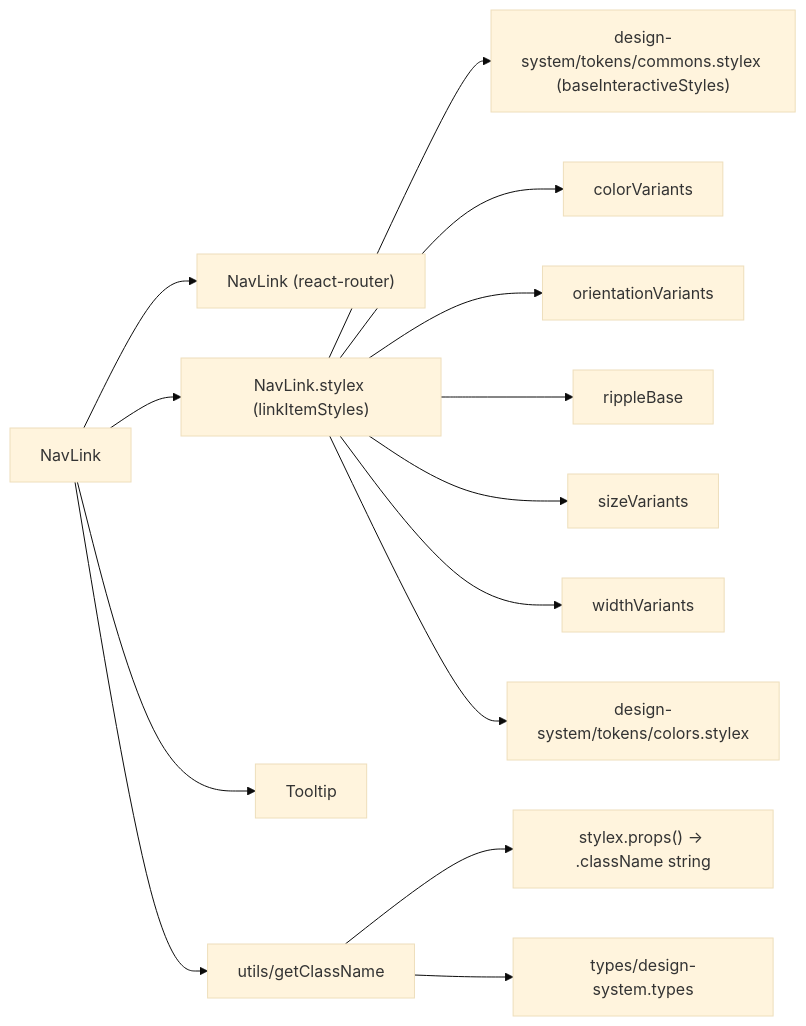
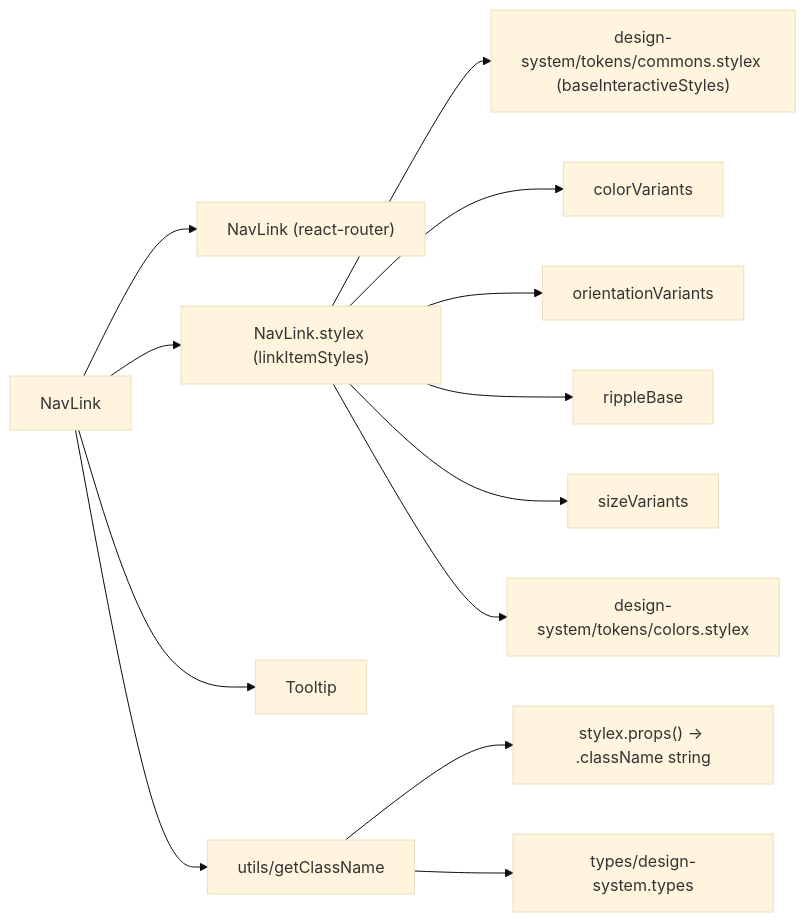
The first of 2 diagrams in packages/ui/src/components/NavLink/ARCHITECTURE.md (luciocabrera/lcabrera-stack), drawn with Mermaid (base theme) before and after one commit. The commit also changed other lines of this file and 3 other files, not shown here.

````diff
--- a/packages/ui/src/components/NavLink/ARCHITECTURE.md
+++ b/packages/ui/src/components/NavLink/ARCHITECTURE.md
@@ -20,18 +20,17 @@
 ```mermaid
 graph LR
   NavLink --> RouterNavLink["NavLink (react-router)"]
   NavLink --> NavLink_stylex["NavLink.stylex (linkItemStyles)"]
   NavLink --> Tooltip
   NavLink --> getClassName["utils/getClassName"]
 
   NavLink_stylex --> baseInteractiveStyles["design-system/tokens/commons.stylex (baseInteractiveStyles)"]
   NavLink_stylex --> colorVariants["colorVariants"]
   NavLink_stylex --> orientationVariants["orientationVariants"]
   NavLink_stylex --> rippleBase["rippleBase"]
   NavLink_stylex --> sizeVariants["sizeVariants"]
-  NavLink_stylex --> widthVariants["widthVariants"]
   NavLink_stylex --> colors["design-system/tokens/colors.stylex"]
 
   getClassName --> stylex_props["stylex.props() → .className string"]
   getClassName --> design_types["types/design-system.types"]
 ```
````
